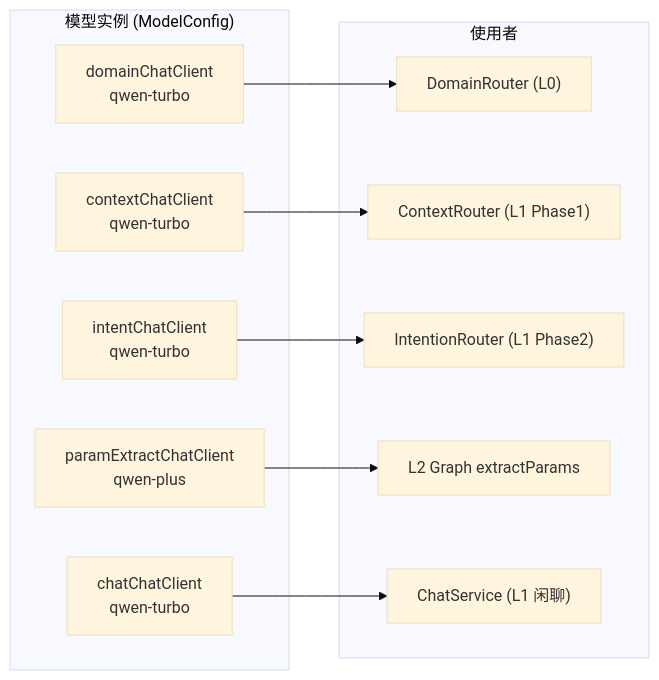
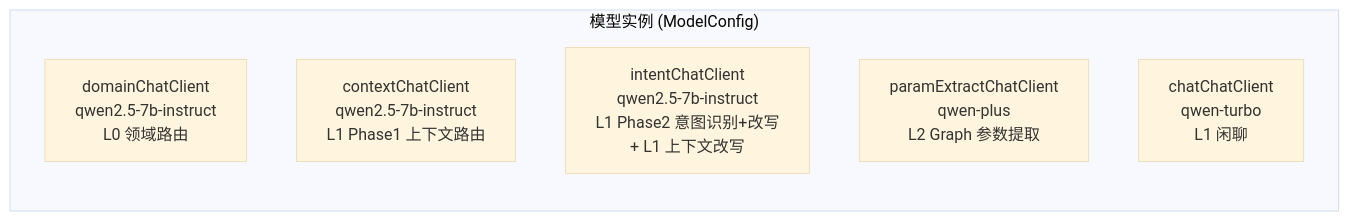
The second of 22 diagrams in ARCHITECTURE-FULL.md (michael-lin-45/mobile-ai-bank-demo---workbuddy), drawn with Mermaid (base theme) before and after one commit. The commit also changed other lines of this file and 30 other files, not shown here.

````diff
--- a/ARCHITECTURE-FULL.md
+++ b/ARCHITECTURE-FULL.md
@@ -173,24 +90,10 @@
 ```mermaid
 graph LR
     subgraph "模型实例 (ModelConfig)"
-        DM["domainChatClient<br/>qwen-turbo"]
-        CM["contextChatClient<br/>qwen-turbo"]
-        IM["intentChatClient<br/>qwen-turbo"]
-        PM["paramExtractChatClient<br/>qwen-plus"]
-        CHM["chatChatClient<br/>qwen-turbo"]
+        DM["domainChatClient<br/>qwen2.5-7b-instruct<br/>L0 领域路由"]
+        CM["contextChatClient<br/>qwen2.5-7b-instruct<br/>L1 Phase1 上下文路由"]
+        IM["intentChatClient<br/>qwen2.5-7b-instruct<br/>L1 Phase2 意图识别+改写<br/>+ L1 上下文改写"]
+        PM["paramExtractChatClient<br/>qwen-plus<br/>L2 Graph 参数提取"]
+        CHM["chatChatClient<br/>qwen-turbo<br/>L1 闲聊"]
     end
-    
-    subgraph "使用者"
-        DR["DomainRouter (L0)"]
-        CR["ContextRouter (L1 Phase1)"]
-        IR["IntentionRouter (L1 Phase2)"]
-        GR["L2 Graph extractParams"]
-        CS["ChatService (L1 闲聊)"]
-    end
-    
-    DM --> DR
-    CM --> CR
-    IM --> IR
-    PM --> GR
-    CHM --> CS
 ```
````
